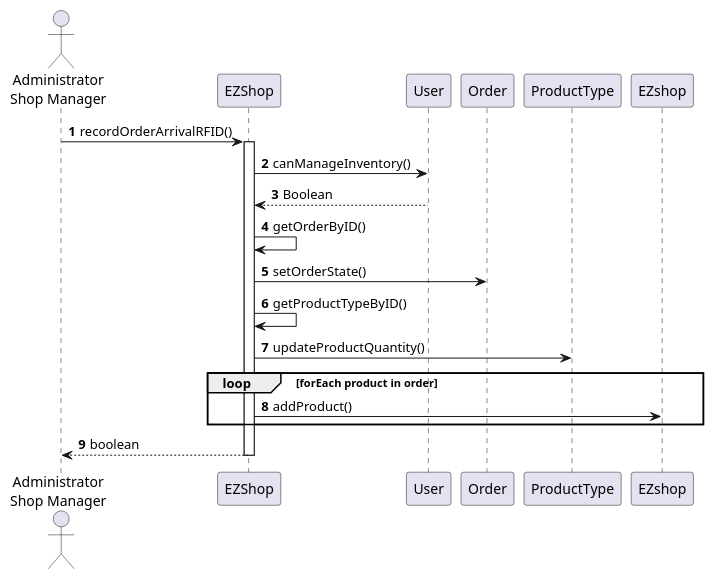
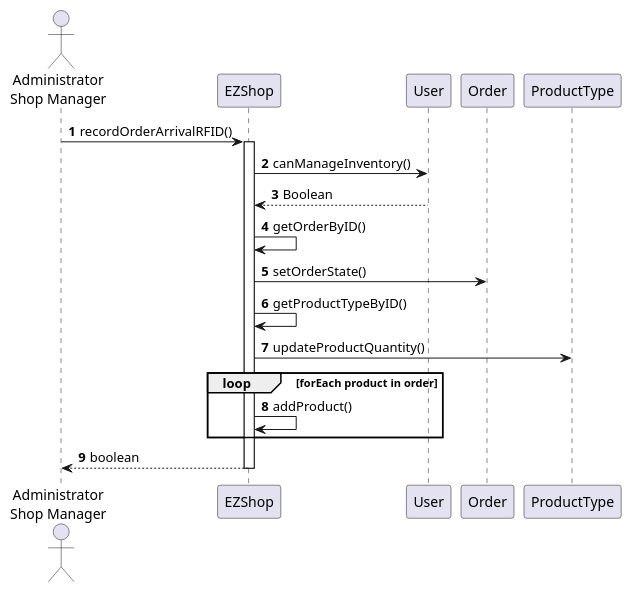
The tenth of 20 diagrams in Deliverables/DesignDocument.md (gioele-scaletta/EZShop-Software-Engineering-Project), drawn with PlantUML before and after one commit.

````diff
--- a/Deliverables/DesignDocument.md
+++ b/Deliverables/DesignDocument.md
@@ -390,18 +390,18 @@
 ```plantuml
 actor "Administrator\nShop Manager" as user
 autonumber
 
 user->EZShop : recordOrderArrivalRFID()
 activate EZShop
 EZShop->User : canManageInventory()
 User --> EZShop : Boolean
 EZShop->EZShop : getOrderByID()
 EZShop->Order : setOrderState()
 EZShop->EZShop : getProductTypeByID()
 EZShop->ProductType : updateProductQuantity()
 loop forEach product in order
-    EZShop->EZshop : addProduct()
+    EZShop->EZShop : addProduct()
 end
 EZShop --> user: boolean
 deactivate EZShop
 ```
````
